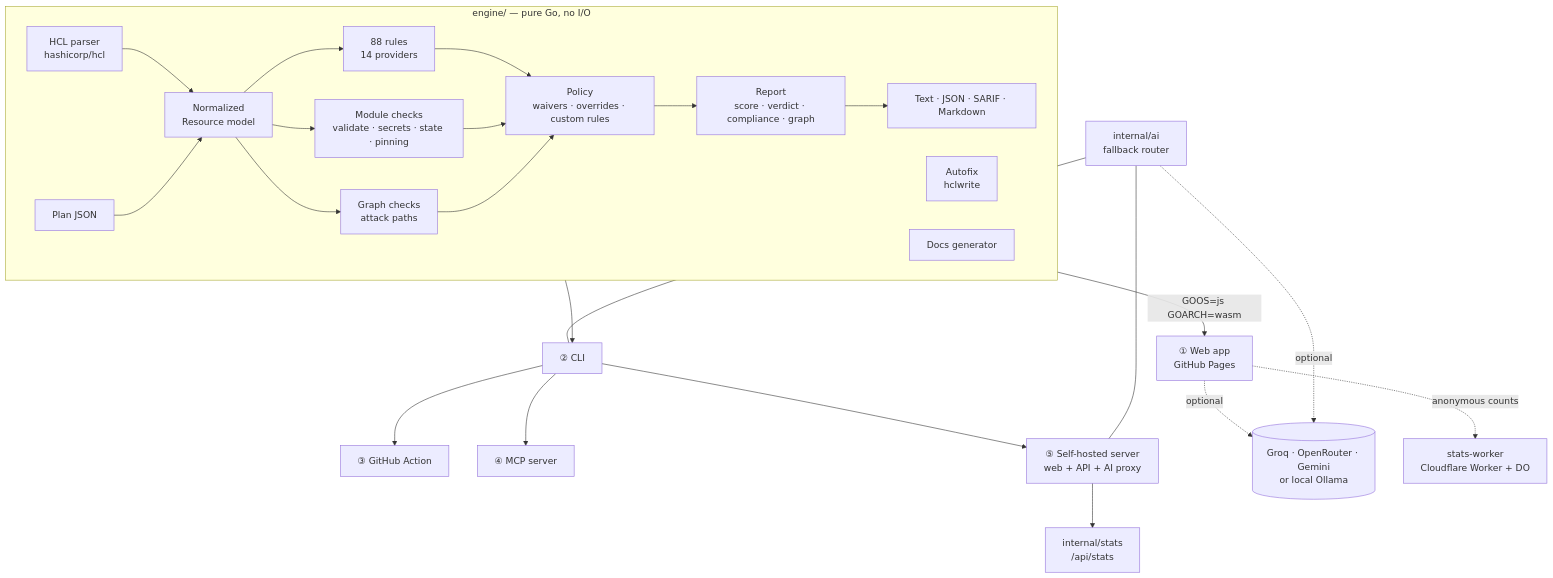
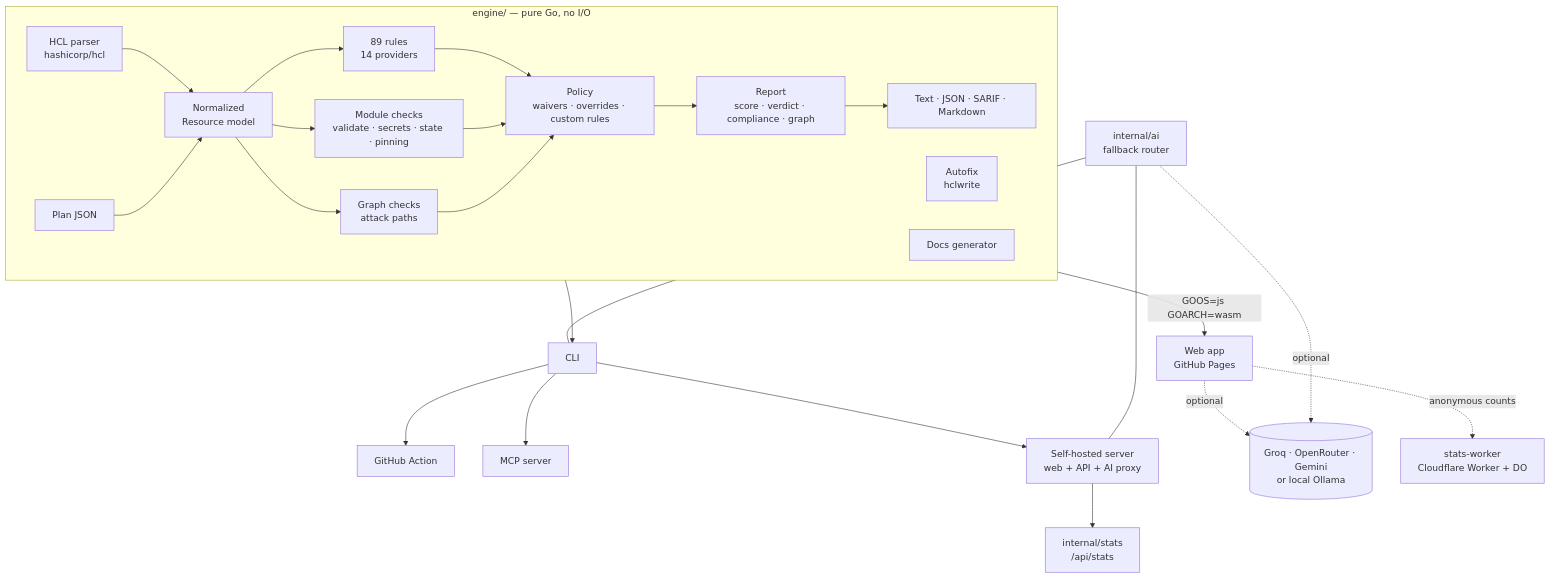
The first of 13 diagrams in docs/ARCHITECTURE.md (Karthik-099/TERRAGUARD), drawn with Mermaid before and after one commit. The commit also changed other lines of this file and 58 other files, not shown here.

````diff
--- a/docs/ARCHITECTURE.md
+++ b/docs/ARCHITECTURE.md
@@ -65,29 +65,29 @@
 ```mermaid
 flowchart TB
   subgraph Engine["engine/ — pure Go, no I/O"]
     direction LR
     P[HCL parser<br/>hashicorp/hcl] --> N[Normalized<br/>Resource model]
     PL[Plan JSON] --> N
-    N --> R[88 rules<br/>14 providers]
+    N --> R[89 rules<br/>14 providers]
     N --> M[Module checks<br/>validate · secrets · state · pinning]
     N --> G[Graph checks<br/>attack paths]
     R & M & G --> POL[Policy<br/>waivers · overrides · custom rules]
     POL --> REP[Report<br/>score · verdict · compliance · graph]
     REP --> FMT[Text · JSON · SARIF · Markdown]
     FX[Autofix<br/>hclwrite]
     DOC[Docs generator]
   end
 
-  Engine -- GOOS=js GOARCH=wasm --> WEB[① Web app<br/>GitHub Pages]
-  Engine --> CLI[② CLI]
-  CLI --> ACT[③ GitHub Action]
-  CLI --> MCP[④ MCP server]
-  CLI --> SRV[⑤ Self-hosted server<br/>web + API + AI proxy]
+  Engine -- GOOS=js GOARCH=wasm --> WEB[Web app<br/>GitHub Pages]
+  Engine --> CLI[CLI]
+  CLI --> ACT[GitHub Action]
+  CLI --> MCP[MCP server]
+  CLI --> SRV[Self-hosted server<br/>web + API + AI proxy]
 
   AIR[internal/ai<br/>fallback router] --- CLI
   AIR --- SRV
   WEB -. optional .-> LLM[(Groq · OpenRouter · Gemini<br/>or local Ollama)]
   AIR -. optional .-> LLM
   WEB -. anonymous counts .-> SW[stats-worker<br/>Cloudflare Worker + DO]
   SRV --> ST[internal/stats<br/>/api/stats]
 ```
````
